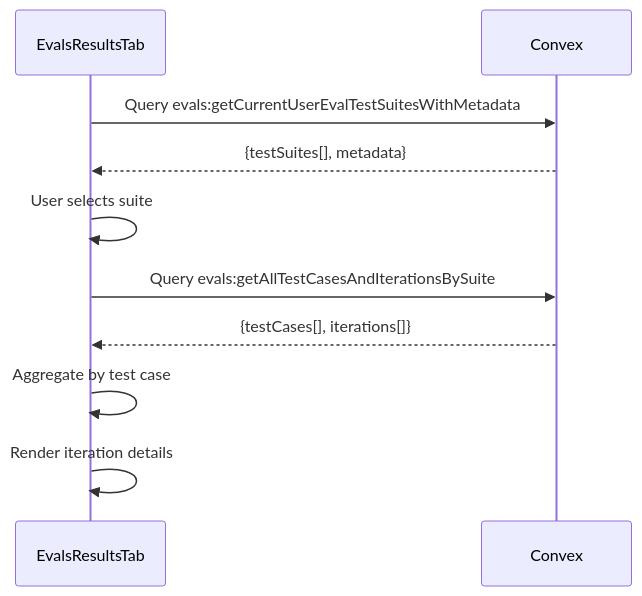
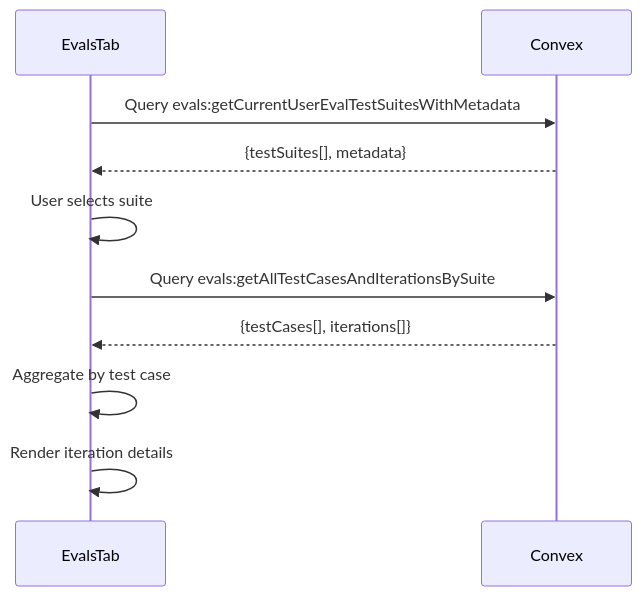
Before and after one commit to MCPJam/inspector: the third of 11 diagrams in docs/contributing/evals-architecture.mdx, drawn with Mermaid. The commit also changed other lines of this file, not shown here.

````diff
--- a/docs/contributing/evals-architecture.mdx
+++ b/docs/contributing/evals-architecture.mdx
@@ -180,16 +250,16 @@
 ```mermaid
 sequenceDiagram
-    participant UI as EvalsResultsTab
+    participant UI as EvalsTab
     participant Convex
 
     UI->>Convex: Query evals:getCurrentUserEvalTestSuitesWithMetadata
     Convex-->>UI: {testSuites[], metadata}
 
     UI->>UI: User selects suite
 
     UI->>Convex: Query evals:getAllTestCasesAndIterationsBySuite
     Convex-->>UI: {testCases[], iterations[]}
 
     UI->>UI: Aggregate by test case
     UI->>UI: Render iteration details
 ```
````
